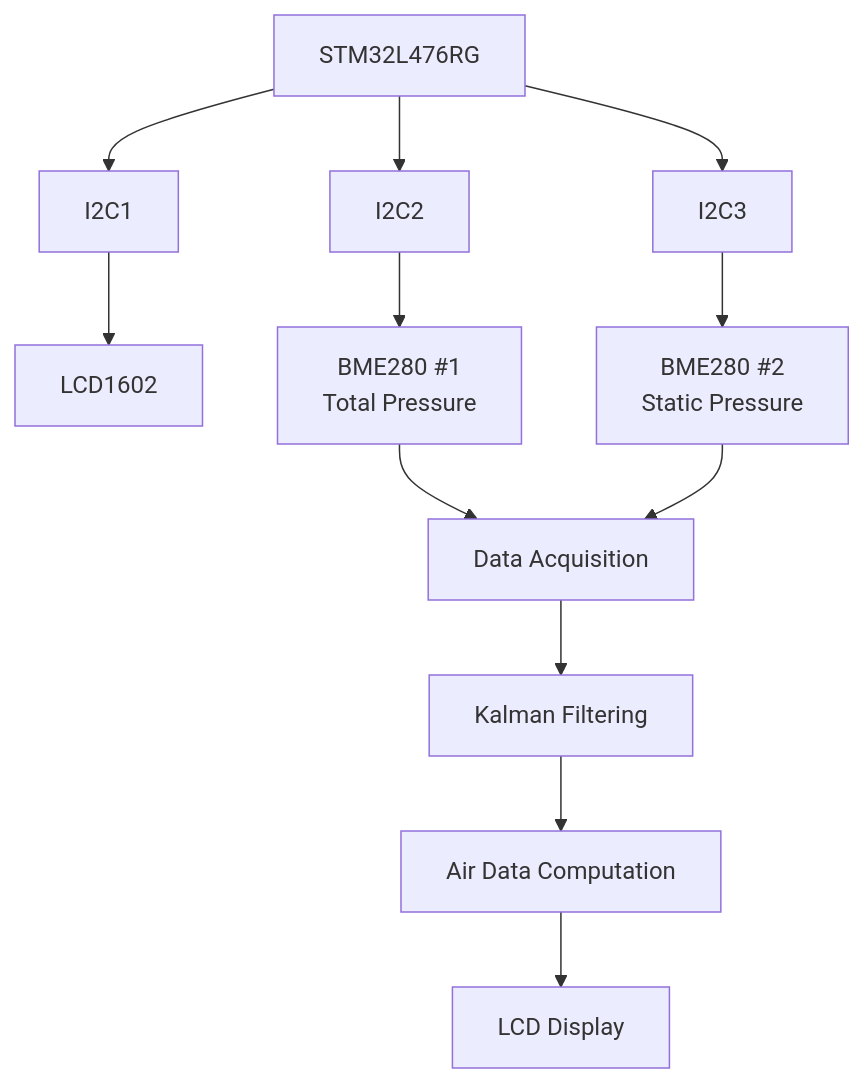
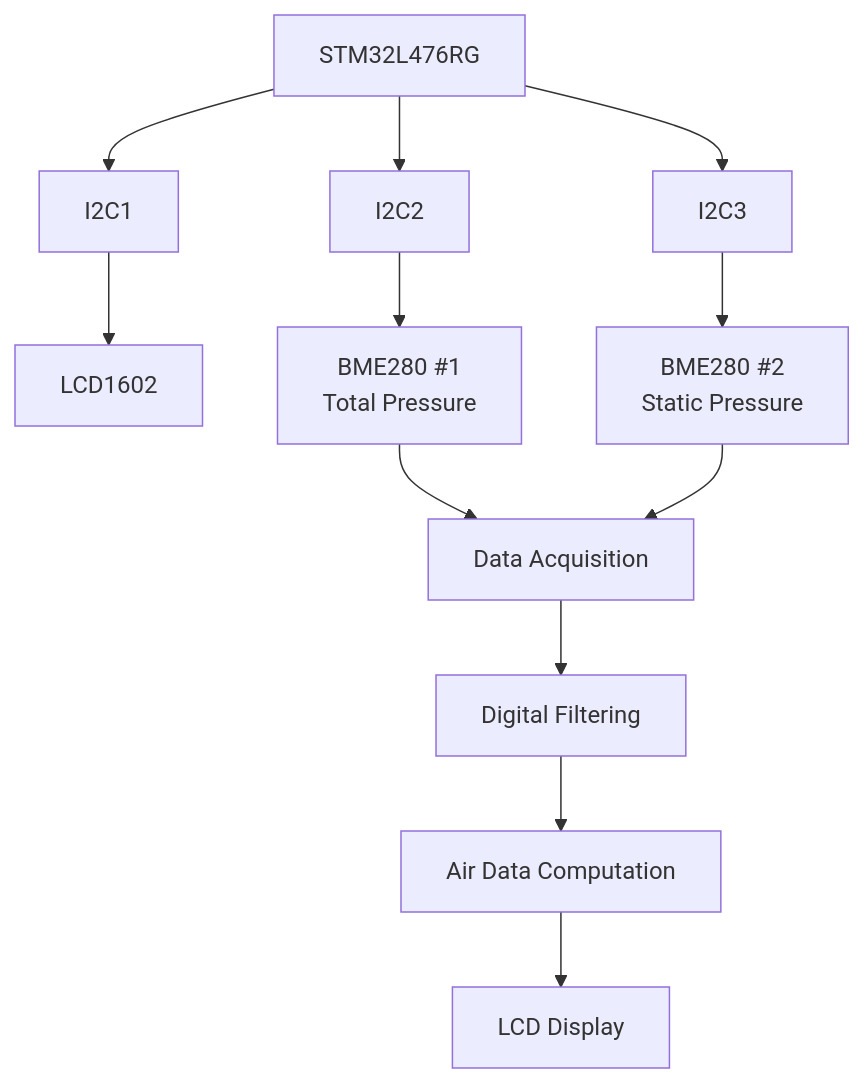
The diagram in README.md (itsaxelc/smart_pitot), drawn with Mermaid before and after one commit. The commit also changed other lines of this file and 1 other file, not shown here.

````diff
--- a/README.md
+++ b/README.md
@@ -32,19 +39,19 @@
 ```mermaid
 flowchart TB
     MCU["STM32L476RG"]
 
     MCU --> I2C1["I2C1"]
     MCU --> I2C2["I2C2"]
     MCU --> I2C3["I2C3"]
 
     I2C1 --> LCD["LCD1602"]
     I2C2 --> BME1["BME280 #1<br/>Total Pressure"]
     I2C3 --> BME2["BME280 #2<br/>Static Pressure"]
 
     BME1 --> ACQ["Data Acquisition"]
     BME2 --> ACQ
 
-    ACQ --> FILTER["Kalman Filtering"]
+    ACQ --> FILTER["Digital Filtering"]
     FILTER --> CALC["Air Data Computation"]
     CALC --> DISPLAY["LCD Display"]
 ```
````
